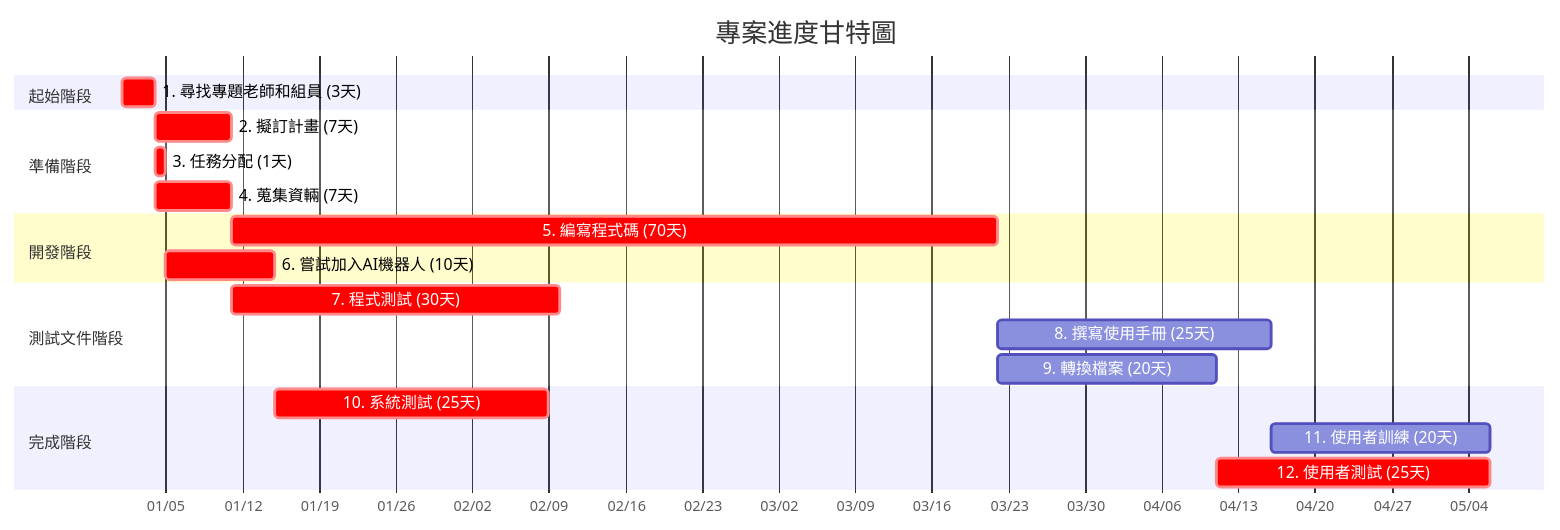
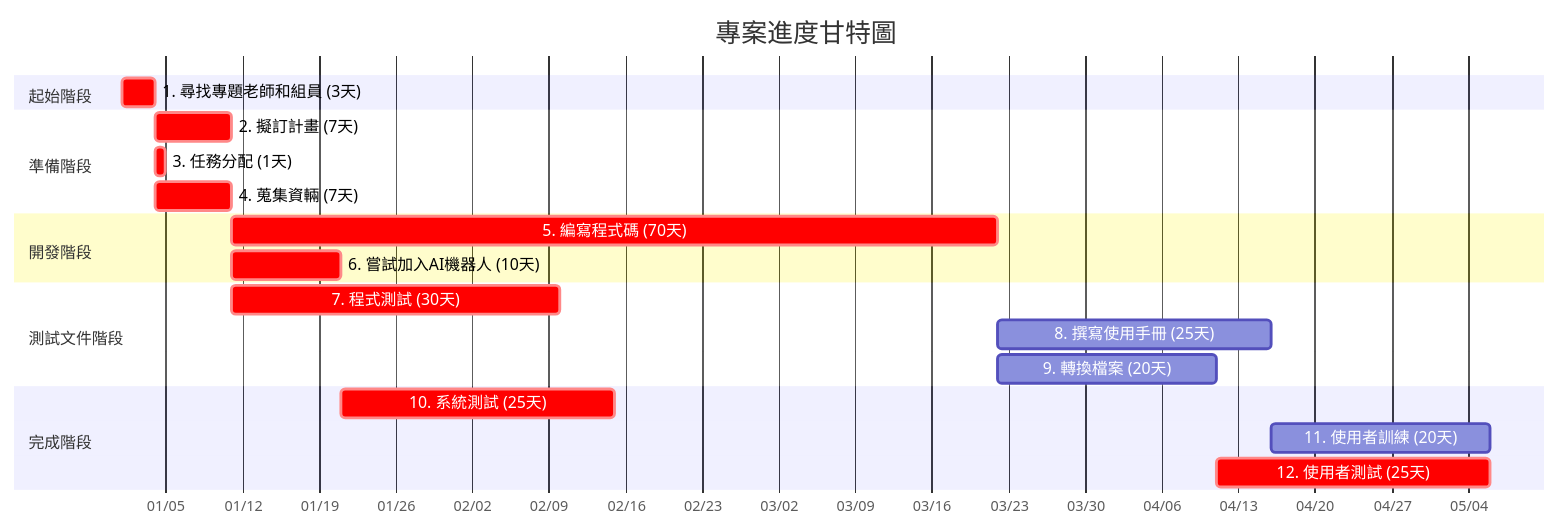
Before and after one commit to c112118202-droid/-: the second of 3 diagrams in hw2.md, drawn with Mermaid.

````diff
--- a/hw2.md
+++ b/hw2.md
@@ -28,28 +28,28 @@
 ```mermaid
 gantt
     title 專案進度甘特圖
     dateFormat YYYY-MM-DD
     axisFormat %m/%d
     
     section 起始階段
     1. 尋找專題老師和組員 (3天)     :crit, m1, 2025-01-01, 3d
     
     section 準備階段
     2. 擬訂計畫 (7天)     :crit, m2, after m1, 7d
     3. 任務分配 (1天)    :crit, m3, after m1, 1d
     4. 蒐集資輛 (7天)    :crit, m4, after m1, 7d
 
     section 開發階段
     5. 編寫程式碼 (70天)    :crit, m5, after m2, 70d
-    6. 嘗試加入AI機器人 (10天)    :crit, m6, after m3, 10d
+    6. 嘗試加入AI機器人 (10天)    :crit, m6, after m2, 10d
     
     section 測試文件階段
     7. 程式測試 (30天)    :crit, m7, after m4, 30d
     8. 撰寫使用手冊 (25天) :m8, after m5, 25d
     9. 轉換檔案 (20天)     :m9, after m5, 20d
     
     section 完成階段
     10. 系統測試 (25天)    :crit, m10, after m6, 25d
     11. 使用者訓練 (20天)  :m11, after m7 m8, 20d
     12. 使用者測試 (25天)  :crit, m12, after m9 m10, 25d
 ```
````
